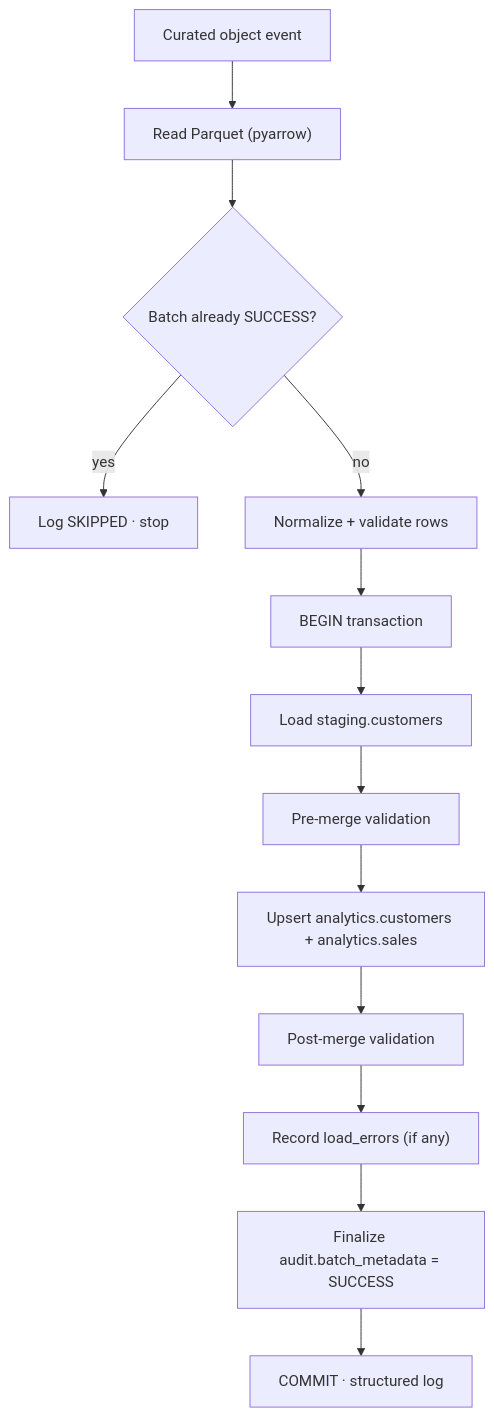
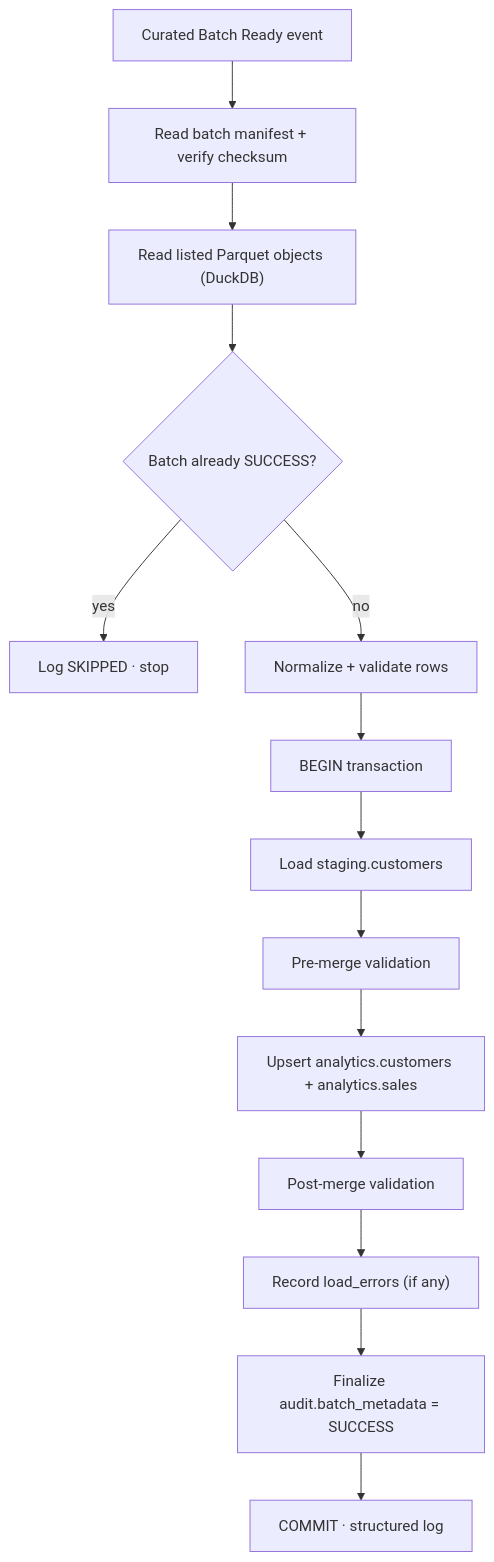
One commit to happi2307/StreamForge changed the second of 5 diagrams in docs/database-architecture.md. Above: the diagram before and after it, drawn with Mermaid. The commit also changed other lines of this file and 19 other files, not shown here.

````diff
--- a/docs/database-architecture.md
+++ b/docs/database-architecture.md
@@ -52,15 +54,16 @@
 ```mermaid
 flowchart TD
-    A["Curated object event"] --> B["Read Parquet (pyarrow)"]
+    A["Curated Batch Ready event"] --> M["Read batch manifest + verify checksum"]
+    M --> B["Read listed Parquet objects (DuckDB)"]
     B --> C{"Batch already SUCCESS?"}
     C -- yes --> Skip["Log SKIPPED · stop"]
     C -- no --> D["Normalize + validate rows"]
     D --> E["BEGIN transaction"]
     E --> F["Load staging.customers"]
     F --> G["Pre-merge validation"]
     G --> H["Upsert analytics.customers + analytics.sales"]
     H --> I["Post-merge validation"]
     I --> J["Record load_errors (if any)"]
     J --> K["Finalize audit.batch_metadata = SUCCESS"]
     K --> L["COMMIT · structured log"]
 ```
````
